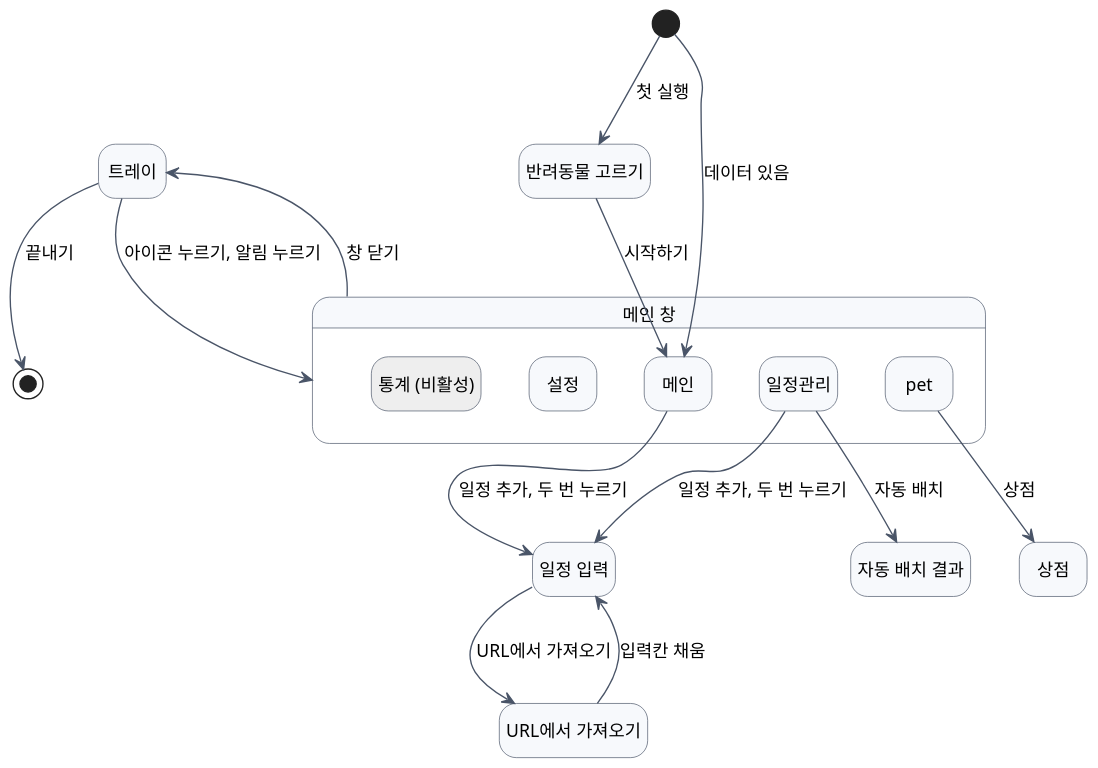
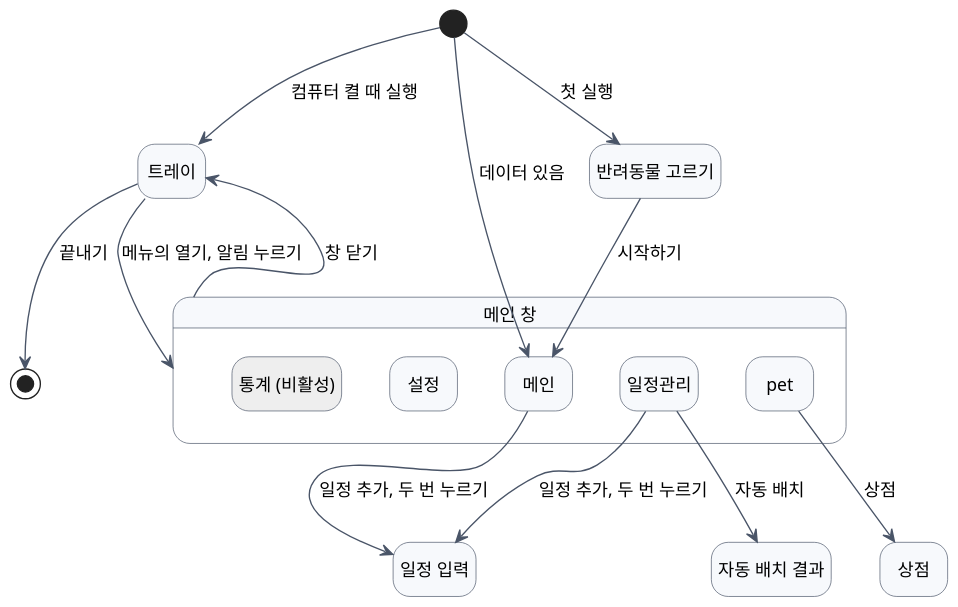
One commit to 2026-2-software-system-design-11/planning-pet-app changed the diagram in docs/diagrams/ui-flow.puml. Above: the diagram before and after it, drawn with PlantUML. The commit also changed 1 other file, not shown here.

Commit message:
docs(ui): 화면 흐름에서 URL 창을 빼고 자동 실행을 넣음 (#25)

```diff
--- a/docs/diagrams/ui-flow.puml
+++ b/docs/diagrams/ui-flow.puml
@@ -1,39 +1,37 @@
 @startuml ui-flow
 skinparam defaultFontName "Apple SD Gothic Neo"
 skinparam defaultFontSize 13
 skinparam dpi 130
 skinparam shadowing false
 skinparam ArrowColor #4A5568
 skinparam state {
   BackgroundColor #F7F9FC
   BorderColor #4A5568
 }
 hide empty description
 
 state "반려동물 고르기" as Pick
 state "트레이" as Tray
 state "메인 창" as Win {
   state "메인" as Main
   state "일정관리" as Sched
   state "pet" as Pet
   state "설정" as Set
   state "통계 (비활성)" as Stat #EEEEEE
 }
 state "일정 입력" as Form
-state "URL에서 가져오기" as Url
 state "자동 배치 결과" as Place
 state "상점" as Shop
 
 [*] --> Pick : 첫 실행
 [*] --> Main : 데이터 있음
+[*] --> Tray : 컴퓨터 켤 때 실행
 Pick --> Main : 시작하기
 Main --> Form : 일정 추가, 두 번 누르기
 Sched --> Form : 일정 추가, 두 번 누르기
-Form --> Url : URL에서 가져오기
-Url --> Form : 입력칸 채움
 Sched --> Place : 자동 배치
 Pet --> Shop : 상점
 Win --> Tray : 창 닫기
-Tray --> Win : 아이콘 누르기, 알림 누르기
+Tray --> Win : 메뉴의 열기, 알림 누르기
 Tray --> [*] : 끝내기
 @enduml
```
